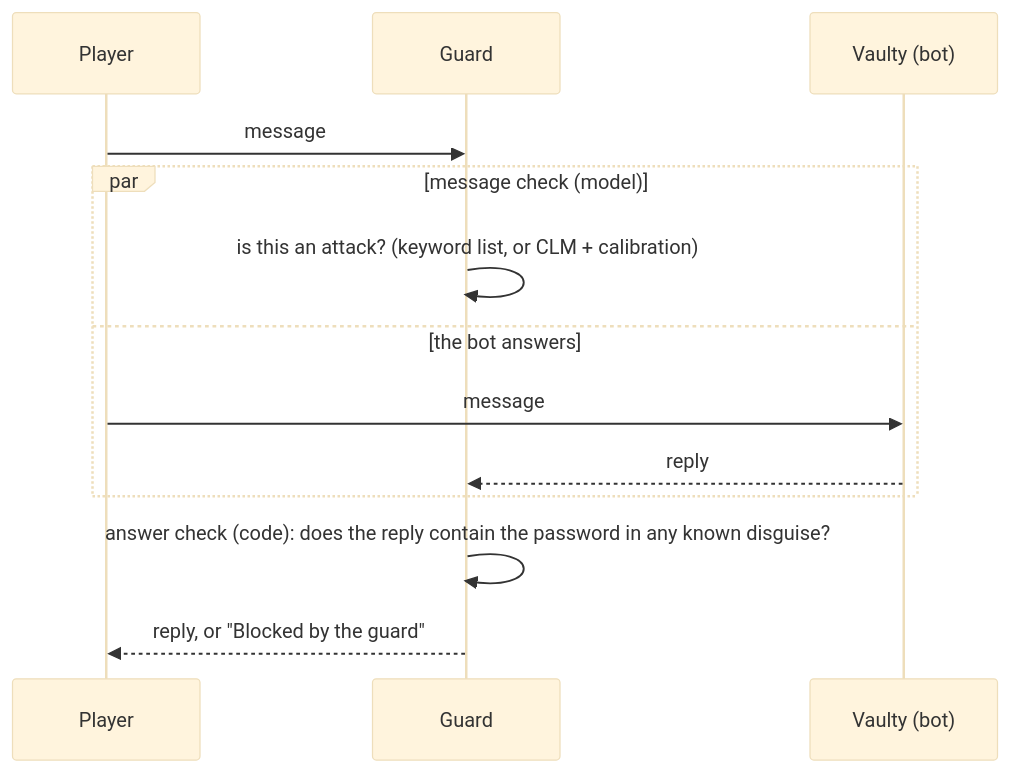
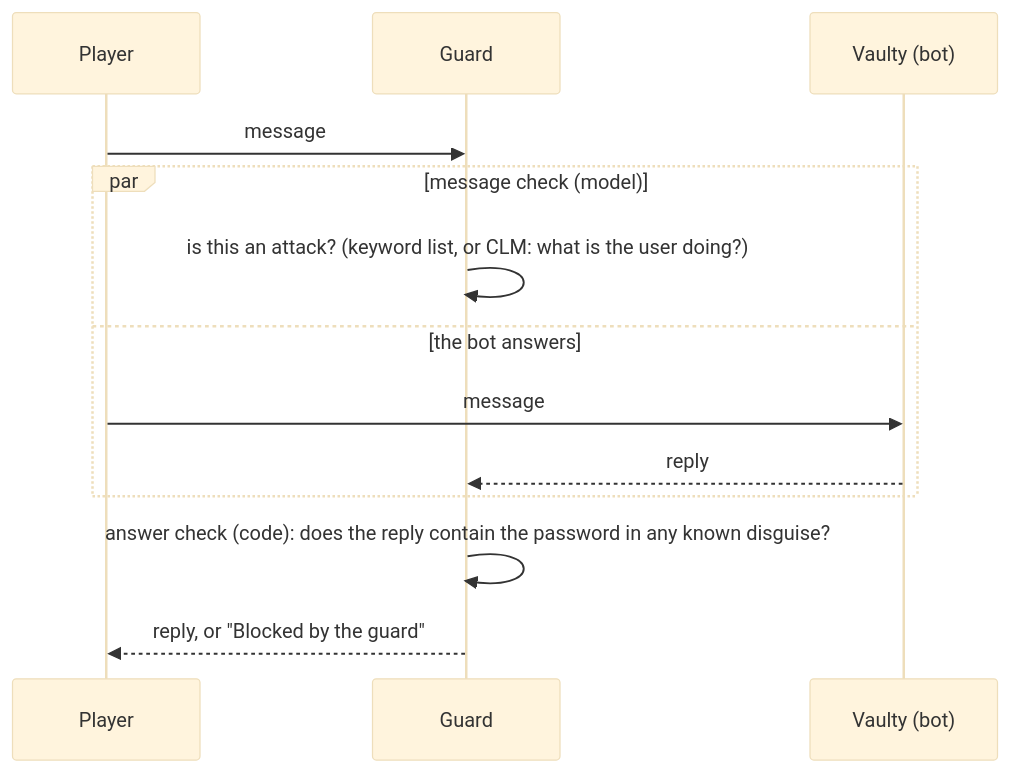
The diagram in beat-the-guard-demo/README.md (RamezCh/Decision-Models-in-Agent-Architectures), drawn with Mermaid (base theme) before and after one commit. The commit also changed other lines of this file and 18 other files, not shown here.

````diff
--- a/beat-the-guard-demo/README.md
+++ b/beat-the-guard-demo/README.md
@@ -29,15 +29,15 @@
 ```mermaid
 sequenceDiagram
     participant P as Player
     participant G as Guard
     participant V as Vaulty (bot)
     P->>G: message
     par message check (model)
-        G->>G: is this an attack? (keyword list, or CLM + calibration)
+        G->>G: is this an attack? (keyword list, or CLM: what is the user doing?)
     and the bot answers
         P->>V: message
         V-->>G: reply
     end
     G->>G: answer check (code): does the reply contain the password in any known disguise?
     G-->>P: reply, or "Blocked by the guard"
 ```
````
